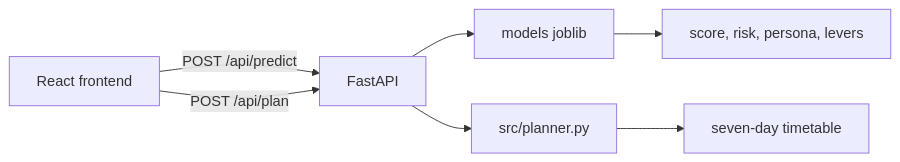
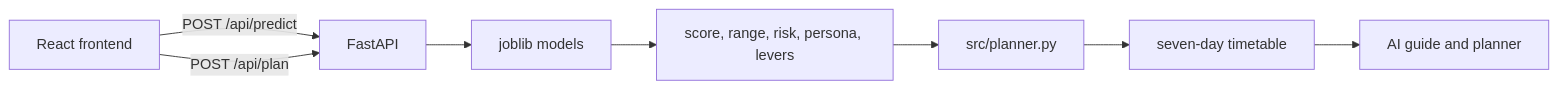
The diagram in README.md (Hariti076/studypilot), drawn with Mermaid before and after one commit. The commit also changed other lines of this file, not shown here.

Commit message:
Rewrite the README around the live demo, the models, and the planner.

````diff
--- a/README.md
+++ b/README.md
@@ -23,9 +133,10 @@
 ```mermaid
 flowchart LR
   React[React frontend] -->|POST /api/predict| API[FastAPI]
   React -->|POST /api/plan| API
-  API --> Models[models joblib]
-  API --> Planner[src/planner.py]
-  Models --> Predict[score, risk, persona, levers]
+  API --> Models[joblib models]
+  Models --> Reading[score, range, risk, persona, levers]
+  Reading --> Planner[src/planner.py]
   Planner --> Week[seven-day timetable]
+  Week --> UI[AI guide and planner]
 ```
````
